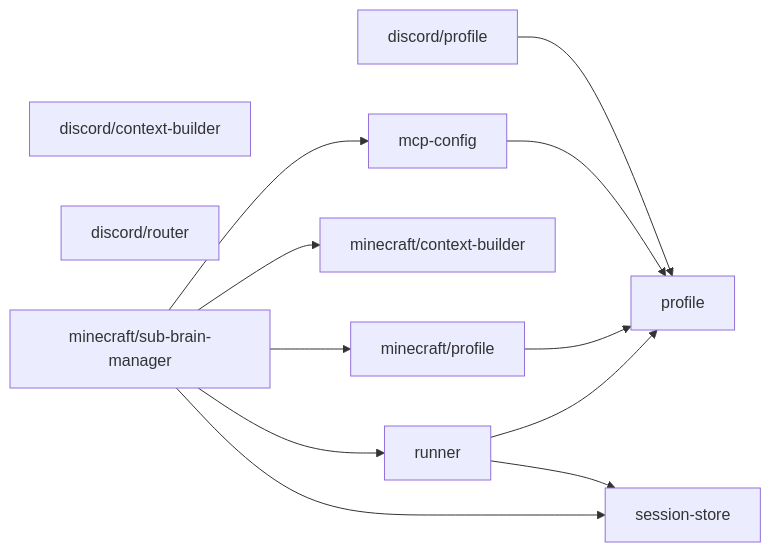
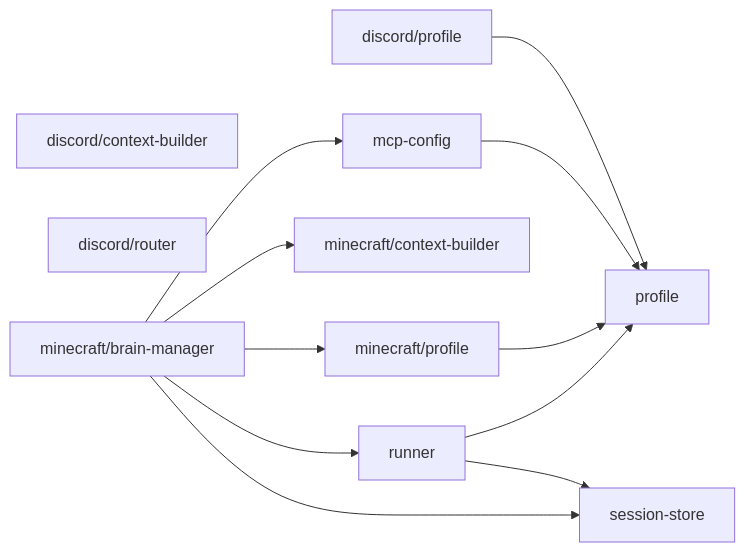
One commit to OJII3/vicissitude changed the diagram in src/agent/DEPS.md. Above: the diagram before and after it, drawn with Mermaid. The commit also changed other lines of this file and 41 other files, not shown here.

````diff
--- a/src/agent/DEPS.md
+++ b/src/agent/DEPS.md
@@ -7,18 +7,18 @@
 ```mermaid
 graph LR
   discord_context_builder["discord/context-builder"]
   discord_profile["discord/profile"] --> profile
   discord_router["discord/router"]
   mcp_config["mcp-config"] --> profile
+  minecraft_brain_manager["minecraft/brain-manager"] --> mcp_config["mcp-config"]
+  minecraft_brain_manager["minecraft/brain-manager"] --> minecraft_context_builder["minecraft/context-builder"]
+  minecraft_brain_manager["minecraft/brain-manager"] --> minecraft_profile["minecraft/profile"]
+  minecraft_brain_manager["minecraft/brain-manager"] --> runner
+  minecraft_brain_manager["minecraft/brain-manager"] --> session_store["session-store"]
   minecraft_context_builder["minecraft/context-builder"]
   minecraft_profile["minecraft/profile"] --> profile
-  minecraft_sub_brain_manager["minecraft/sub-brain-manager"] --> mcp_config["mcp-config"]
-  minecraft_sub_brain_manager["minecraft/sub-brain-manager"] --> minecraft_context_builder["minecraft/context-builder"]
-  minecraft_sub_brain_manager["minecraft/sub-brain-manager"] --> minecraft_profile["minecraft/profile"]
-  minecraft_sub_brain_manager["minecraft/sub-brain-manager"] --> runner
-  minecraft_sub_brain_manager["minecraft/sub-brain-manager"] --> session_store["session-store"]
   profile
   runner --> profile
   runner --> session_store["session-store"]
   session_store["session-store"]
 ```
````
